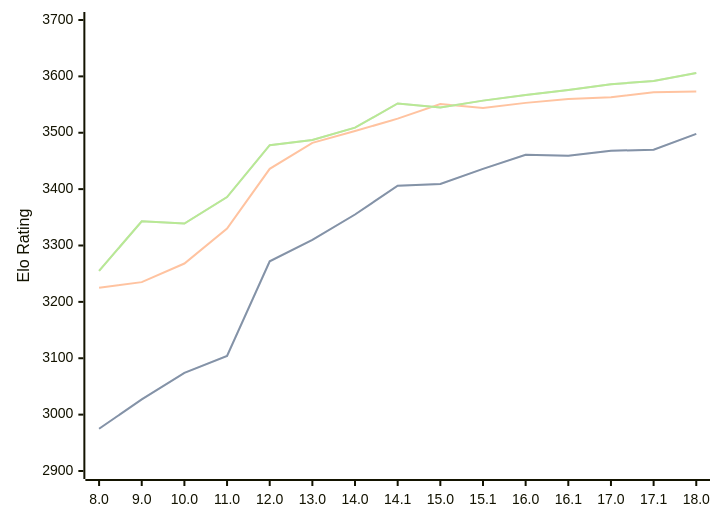
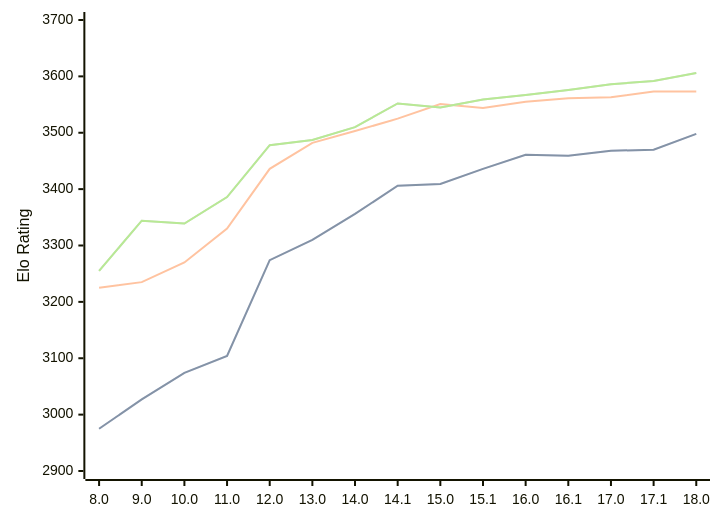
One commit to computer-chess-index/cci changed the first of 3 diagrams in engines/Stockfish.md. Above: the diagram before and after it, drawn with Mermaid. The commit also changed other lines of this file, not shown here.

Commit message:
Update CCI Ratings (ELO VLTC) - 2026-06-30

````diff
--- a/engines/Stockfish.md
+++ b/engines/Stockfish.md
@@ -46,11 +46,11 @@
 ```mermaid
 %%{init: {"theme":"base","themeVariables":{"seriesColors:['#a3a3a3','#222221','#faa371']}}}%%
 xychart-beta
   x-axis ["8.0", "9.0", "10.0", "11.0", "12.0", "13.0", "14.0", "14.1", "15.0", "15.1", "16.0", "16.1", "17.0", "17.1", "18.0"]
   y-axis "Elo Rating" 2900 --> 3700
-  line "STC (8.0+0.08s)" [2975, 3027, 3074, 3104, 3272, 3310, 3355, 3406, 3409, 3436, 3461, 3459, 3468, 3470, 3498]
-  line "STC (8.0+0.08s)" [2975, 3027, 3074, 3104, 3272, 3310, 3355, 3406, 3409, 3436, 3461, 3459, 3468, 3470, 3498]
-  line "LTC (60.0+0.60s)" [3225, 3235, 3268, 3330, 3436, 3482, 3503, 3525, 3551, 3544, 3553, 3560, 3563, 3572, 3573]
-  line "VLTC (2m24s+1.12s)" [3255, 3343, 3339, 3386, 3478, 3487, 3509, 3552, 3545, 3557, 3567, 3576, 3586, 3592, 3606]
-  line "VLTC (2m24s+1.12s)" [3255, 3343, 3339, 3386, 3478, 3487, 3509, 3552, 3545, 3557, 3567, 3576, 3586, 3592, 3606]
+  line "STC (8.0+0.08s)" [2975, 3027, 3074, 3104, 3274, 3310, 3356, 3406, 3409, 3436, 3461, 3459, 3468, 3470, 3498]
+  line "STC (8.0+0.08s)" [2975, 3027, 3074, 3104, 3274, 3310, 3356, 3406, 3409, 3436, 3461, 3459, 3468, 3470, 3498]
+  line "LTC (60.0+0.60s)" [3225, 3235, 3270, 3330, 3436, 3482, 3503, 3525, 3551, 3544, 3555, 3561, 3563, 3573, 3573]
+  line "VLTC (2m24s+1.12s)" [3255, 3344, 3339, 3386, 3478, 3487, 3510, 3552, 3545, 3559, 3567, 3576, 3586, 3592, 3606]
+  line "VLTC (2m24s+1.12s)" [3255, 3344, 3339, 3386, 3478, 3487, 3510, 3552, 3545, 3559, 3567, 3576, 3586, 3592, 3606]
 ```
````
